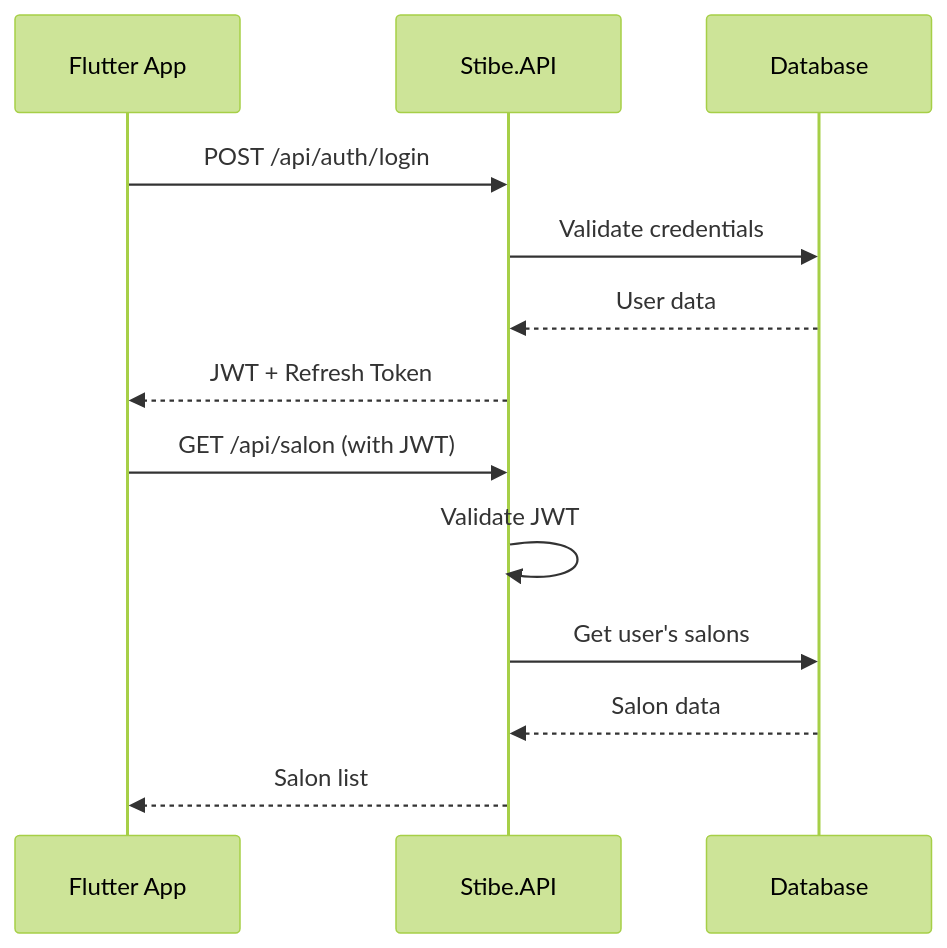
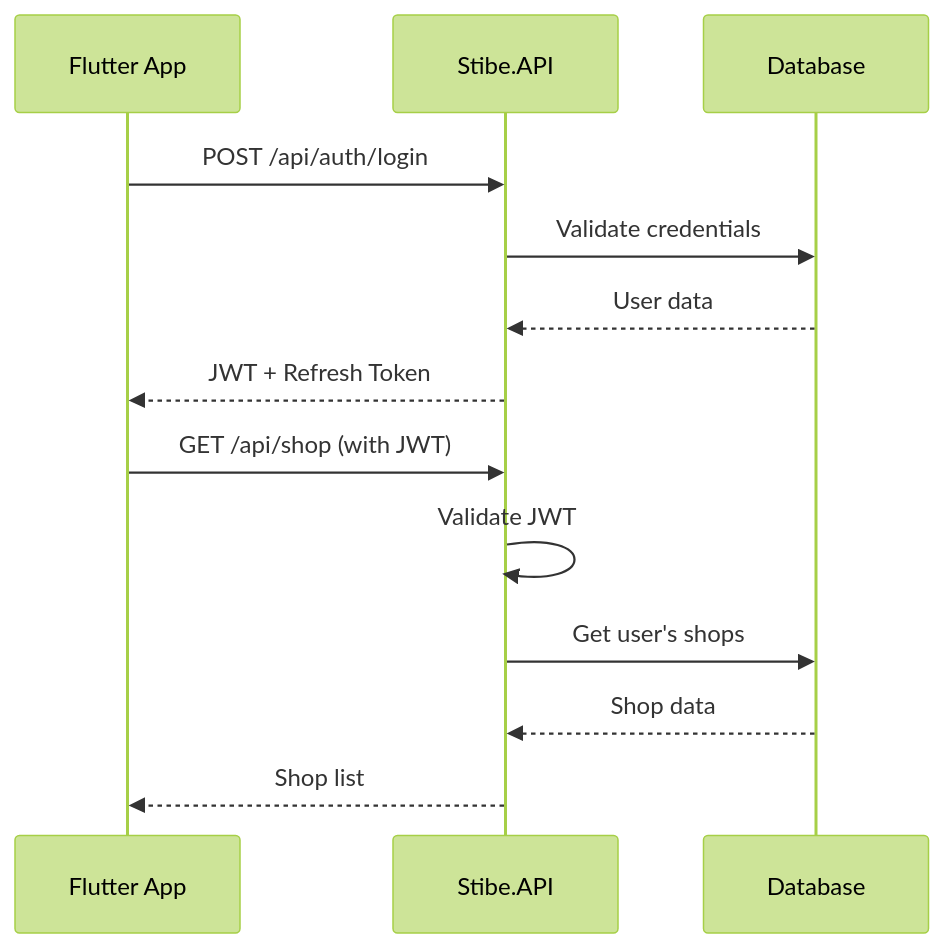
One commit to Pydart-Intelli-Corp/stibe.api changed the diagram in COMPREHENSIVE_API_DOCUMENTATION.md. Above: the diagram before and after it, drawn with Mermaid (forest theme). The commit also changed other lines of this file and 52 other files, not shown here.

````diff
--- a/COMPREHENSIVE_API_DOCUMENTATION.md
+++ b/COMPREHENSIVE_API_DOCUMENTATION.md
@@ -792,17 +792,17 @@
 ```mermaid
 sequenceDiagram
     participant F as Flutter App
     participant A as Stibe.API
     participant DB as Database
     
     F->>A: POST /api/auth/login
     A->>DB: Validate credentials
     DB-->>A: User data
     A-->>F: JWT + Refresh Token
     
-    F->>A: GET /api/salon (with JWT)
+    F->>A: GET /api/shop (with JWT)
     A->>A: Validate JWT
-    A->>DB: Get user's salons
-    DB-->>A: Salon data
-    A-->>F: Salon list
+    A->>DB: Get user's shops
+    DB-->>A: Shop data
+    A-->>F: Shop list
 ```
````
